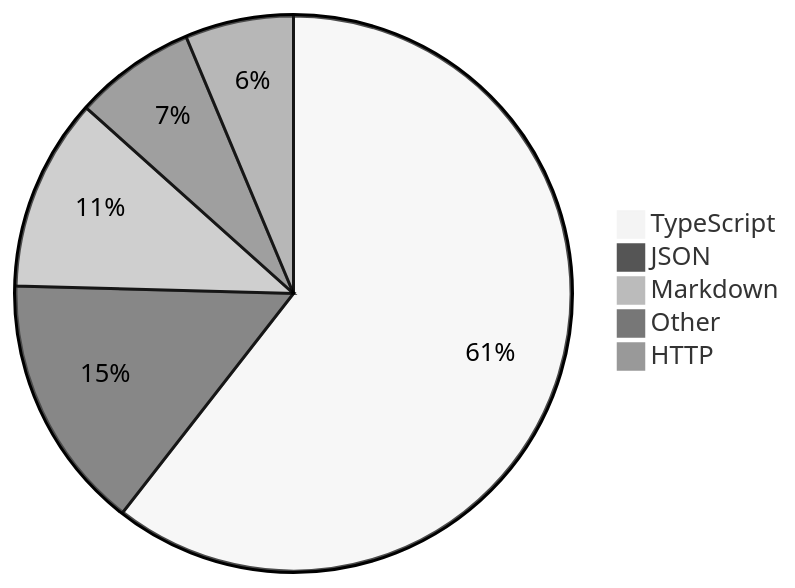
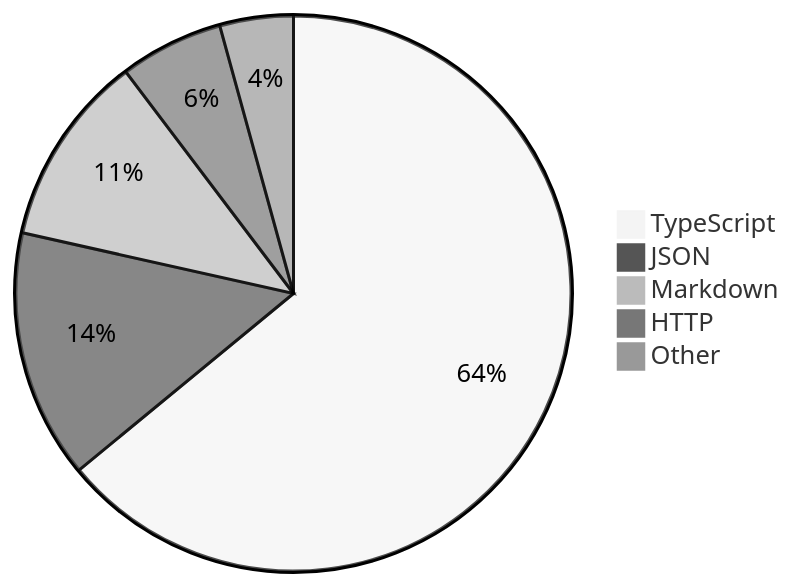
One commit to skvggor/skvggor changed the diagram in README.md. Above: the diagram before and after it, drawn with Mermaid (neutral theme).

Commit message:
Updated waka-readme graph with new metrics

````diff
--- a/README.md
+++ b/README.md
@@ -16,8 +16,8 @@
 ```mermaid
 pie
-    "TypeScript" : 55.7
-    "JSON" : 13.7
-    "Markdown" : 10.3
-    "Other" : 6.5
-    "HTTP" : 5.8
+    "TypeScript" : 58.4
+    "JSON" : 13.2
+    "Markdown" : 10.2
+    "HTTP" : 5.5
+    "Other" : 3.9
 ```
````
